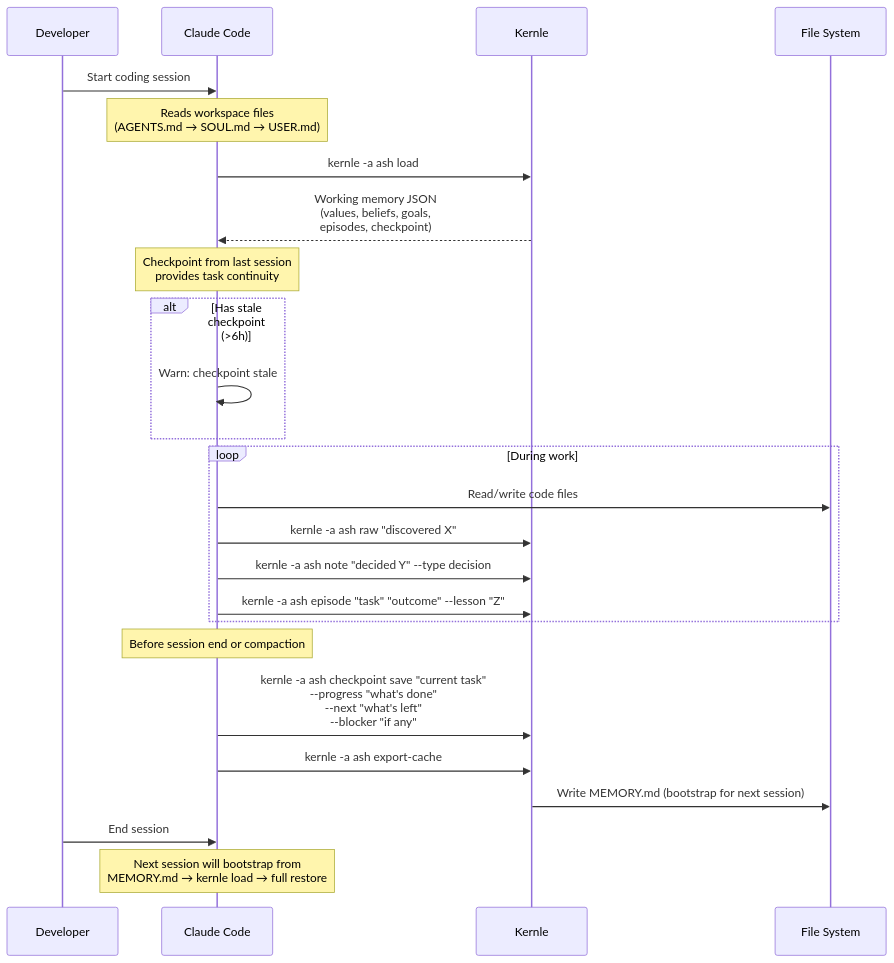
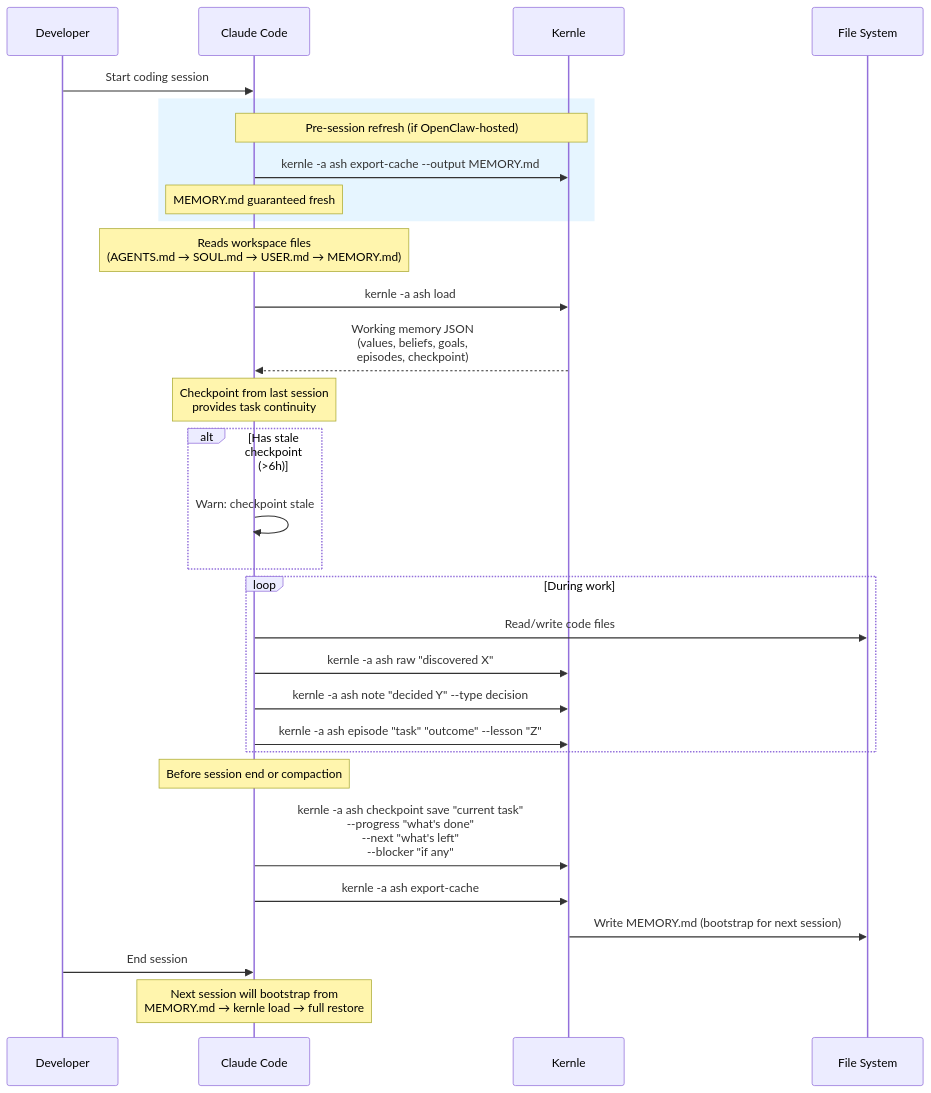
Before and after one commit to Emergent-Instruments/kernle: diagram 15 of 29 in docs/ARCHITECTURE_DIAGRAMS.md, drawn with Mermaid. The commit also changed other lines of this file, not shown here.

First line of the commit message:
docs: add belt-and-suspenders memory refresh pattern to diagrams

````diff
--- a/docs/ARCHITECTURE_DIAGRAMS.md
+++ b/docs/ARCHITECTURE_DIAGRAMS.md
@@ -704,34 +727,41 @@
 ```mermaid
 sequenceDiagram
     participant DEV as Developer
     participant CC as Claude Code
     participant K as Kernle
     participant FS as File System
 
     DEV->>CC: Start coding session
-    Note over CC: Reads workspace files<br/>(AGENTS.md → SOUL.md → USER.md)
+
+    rect rgb(230, 245, 255)
+        Note over CC,K: Pre-session refresh (if OpenClaw-hosted)
+        CC->>K: kernle -a ash export-cache --output MEMORY.md
+        Note over CC: MEMORY.md guaranteed fresh
+    end
+
+    Note over CC: Reads workspace files<br/>(AGENTS.md → SOUL.md → USER.md → MEMORY.md)
 
     CC->>K: kernle -a ash load
     K-->>CC: Working memory JSON<br/>(values, beliefs, goals,<br/>episodes, checkpoint)
 
     Note over CC: Checkpoint from last session<br/>provides task continuity
 
     alt Has stale checkpoint (>6h)
         CC->>CC: Warn: checkpoint stale
     end
 
     loop During work
         CC->>FS: Read/write code files
         CC->>K: kernle -a ash raw "discovered X"
         CC->>K: kernle -a ash note "decided Y" --type decision
         CC->>K: kernle -a ash episode "task" "outcome" --lesson "Z"
     end
 
     Note over CC: Before session end or compaction
     CC->>K: kernle -a ash checkpoint save "current task"<br/>--progress "what's done"<br/>--next "what's left"<br/>--blocker "if any"
     CC->>K: kernle -a ash export-cache
     K->>FS: Write MEMORY.md (bootstrap for next session)
 
     DEV->>CC: End session
     Note over CC: Next session will bootstrap from<br/>MEMORY.md → kernle load → full restore
 ```
````
